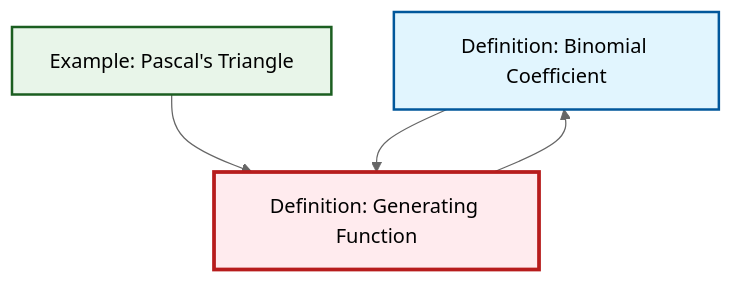
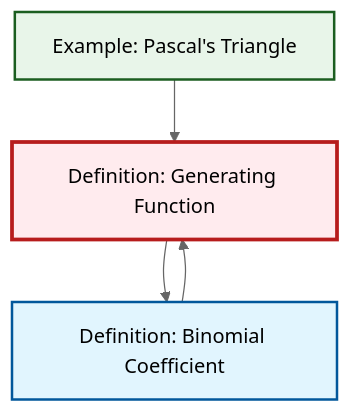
One commit to RK0429/ModernMath changed the diagram in content/ja/combinatorics/def-generating-function.qmd. Above: the diagram before and after it, drawn with Mermaid (neutral theme). The commit also changed other lines of this file and 554 other files, not shown here.

````diff
--- a/content/ja/combinatorics/def-generating-function.qmd
+++ b/content/ja/combinatorics/def-generating-function.qmd
@@ -99,18 +99,18 @@
 ```{mermaid}
 %%| fig-cap: "Local dependency graph"
 graph TD
     classDef definition fill:#e1f5fe,stroke:#01579b,stroke-width:2px
     classDef theorem fill:#f3e5f5,stroke:#4a148c,stroke-width:2px
     classDef axiom fill:#fff3e0,stroke:#e65100,stroke-width:2px
     classDef example fill:#e8f5e9,stroke:#1b5e20,stroke-width:2px
     classDef current fill:#ffebee,stroke:#b71c1c,stroke-width:3px
+    ex-pascals-triangle["Example: Pascal's Triangle"]:::example
     def-binomial-coefficient["Definition: Binomial Coefficient"]:::definition
-    ex-pascals-triangle["Example: Pascal's Triangle"]:::example
     def-generating-function["Definition: Generating Function"]:::definition
     ex-pascals-triangle --> def-generating-function
+    def-binomial-coefficient --> def-generating-function
     def-generating-function --> def-binomial-coefficient
-    def-binomial-coefficient --> def-generating-function
     class def-generating-function current
+    click ex-pascals-triangle "ex-pascals-triangle.html" "Example: Pascal's Triangleへ"
     click def-binomial-coefficient "def-binomial-coefficient.html" "Definition: Binomial Coefficientへ"
-    click ex-pascals-triangle "ex-pascals-triangle.html" "Example: Pascal's Triangleへ"
 ```
````
